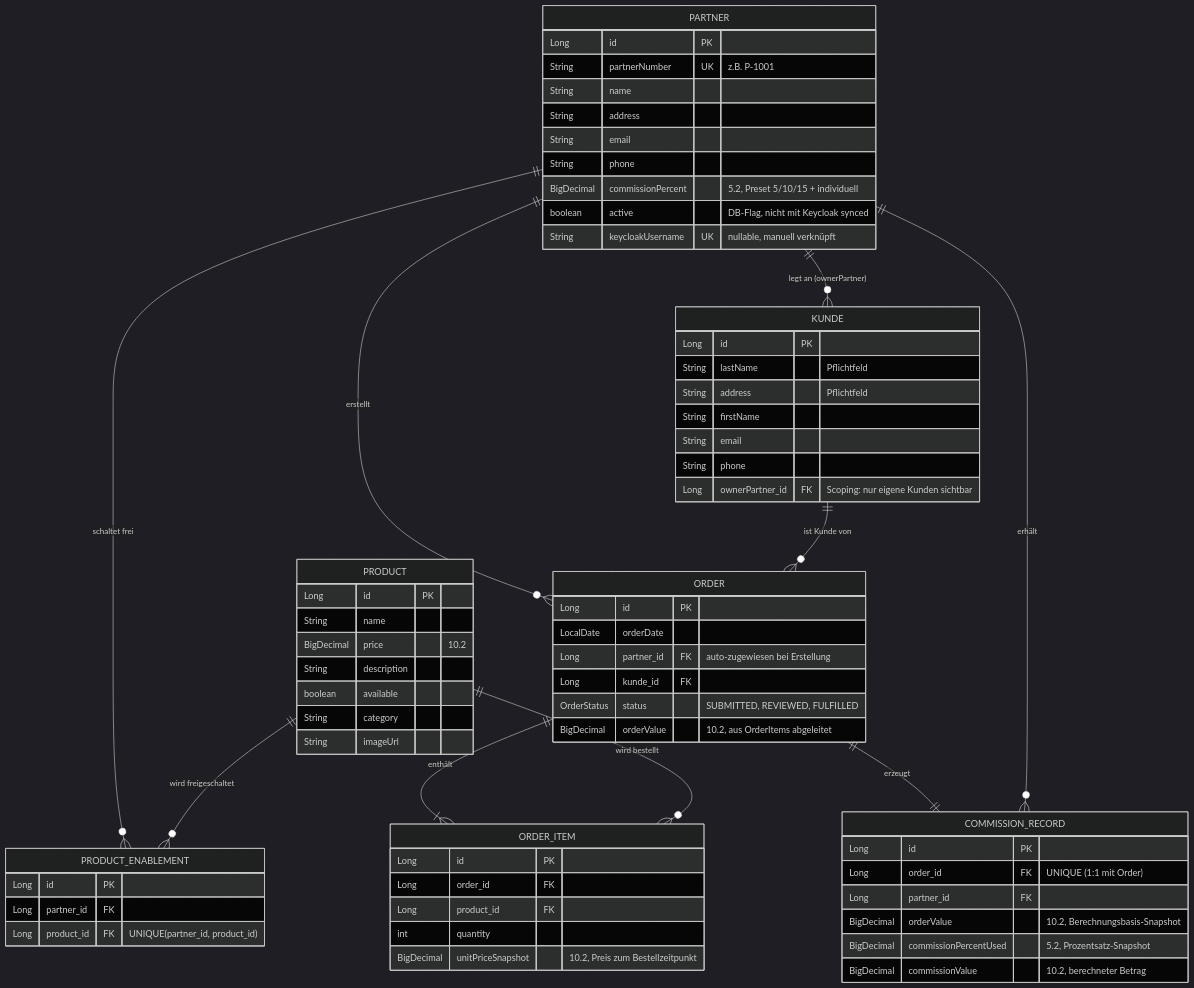
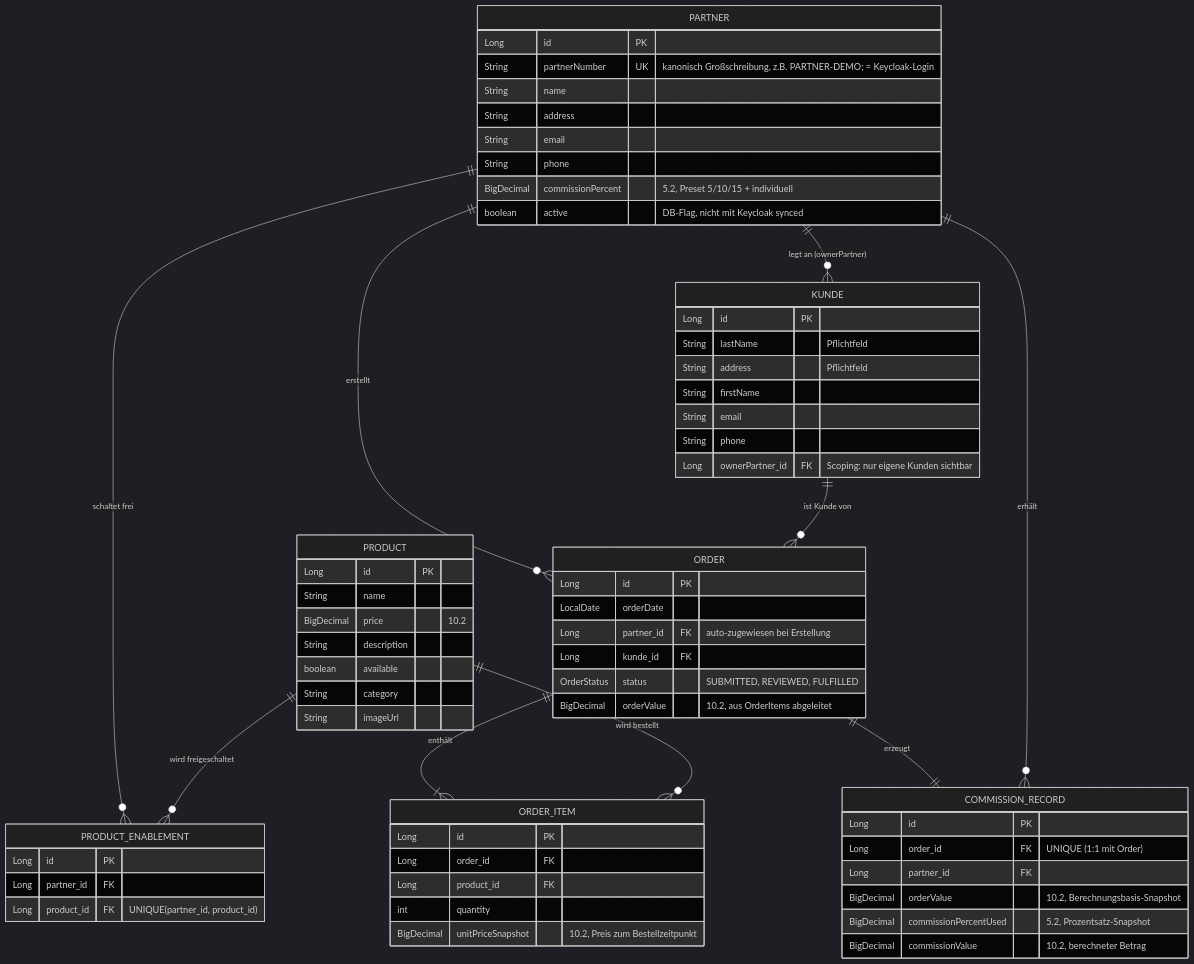
Before and after one commit to Chris-Vahram/diplomarbeit-papo: the diagram in docs/DATA_MODEL.md, drawn with Mermaid (dark theme). The commit also changed other lines of this file and 18 other files, not shown here.

First line of the commit message:
feat: link partner login via partnerNumber, drop keycloakUsername field

````diff
--- a/docs/DATA_MODEL.md
+++ b/docs/DATA_MODEL.md
@@ -10,76 +10,75 @@
 ```mermaid
 erDiagram
     PARTNER ||--o{ PRODUCT_ENABLEMENT : "schaltet frei"
     PRODUCT ||--o{ PRODUCT_ENABLEMENT : "wird freigeschaltet"
     PARTNER ||--o{ KUNDE : "legt an (ownerPartner)"
     PARTNER ||--o{ ORDER : "erstellt"
     KUNDE ||--o{ ORDER : "ist Kunde von"
     ORDER ||--|{ ORDER_ITEM : "enthält"
     PRODUCT ||--o{ ORDER_ITEM : "wird bestellt"
     ORDER ||--|| COMMISSION_RECORD : "erzeugt"
     PARTNER ||--o{ COMMISSION_RECORD : "erhält"
 
     PARTNER {
         Long id PK
-        String partnerNumber UK "z.B. P-1001"
+        String partnerNumber UK "kanonisch Großschreibung, z.B. PARTNER-DEMO; = Keycloak-Login"
         String name
         String address
         String email
         String phone
         BigDecimal commissionPercent "5.2, Preset 5/10/15 + individuell"
         boolean active "DB-Flag, nicht mit Keycloak synced"
-        String keycloakUsername UK "nullable, manuell verknüpft"
     }
 
     PRODUCT {
         Long id PK
         String name
         BigDecimal price "10.2"
         String description
         boolean available
         String category
         String imageUrl
     }
 
     PRODUCT_ENABLEMENT {
         Long id PK
         Long partner_id FK
         Long product_id FK "UNIQUE(partner_id, product_id)"
     }
 
     KUNDE {
         Long id PK
         String lastName "Pflichtfeld"
         String address "Pflichtfeld"
         String firstName
         String email
         String phone
         Long ownerPartner_id FK "Scoping: nur eigene Kunden sichtbar"
     }
 
     ORDER {
         Long id PK
         LocalDate orderDate
         Long partner_id FK "auto-zugewiesen bei Erstellung"
         Long kunde_id FK
         OrderStatus status "SUBMITTED, REVIEWED, FULFILLED"
         BigDecimal orderValue "10.2, aus OrderItems abgeleitet"
     }
 
     ORDER_ITEM {
         Long id PK
         Long order_id FK
         Long product_id FK
         int quantity
         BigDecimal unitPriceSnapshot "10.2, Preis zum Bestellzeitpunkt"
     }
 
     COMMISSION_RECORD {
         Long id PK
         Long order_id FK "UNIQUE (1:1 mit Order)"
         Long partner_id FK
         BigDecimal orderValue "10.2, Berechnungsbasis-Snapshot"
         BigDecimal commissionPercentUsed "5.2, Prozentsatz-Snapshot"
         BigDecimal commissionValue "10.2, berechneter Betrag"
     }
 ```
````
